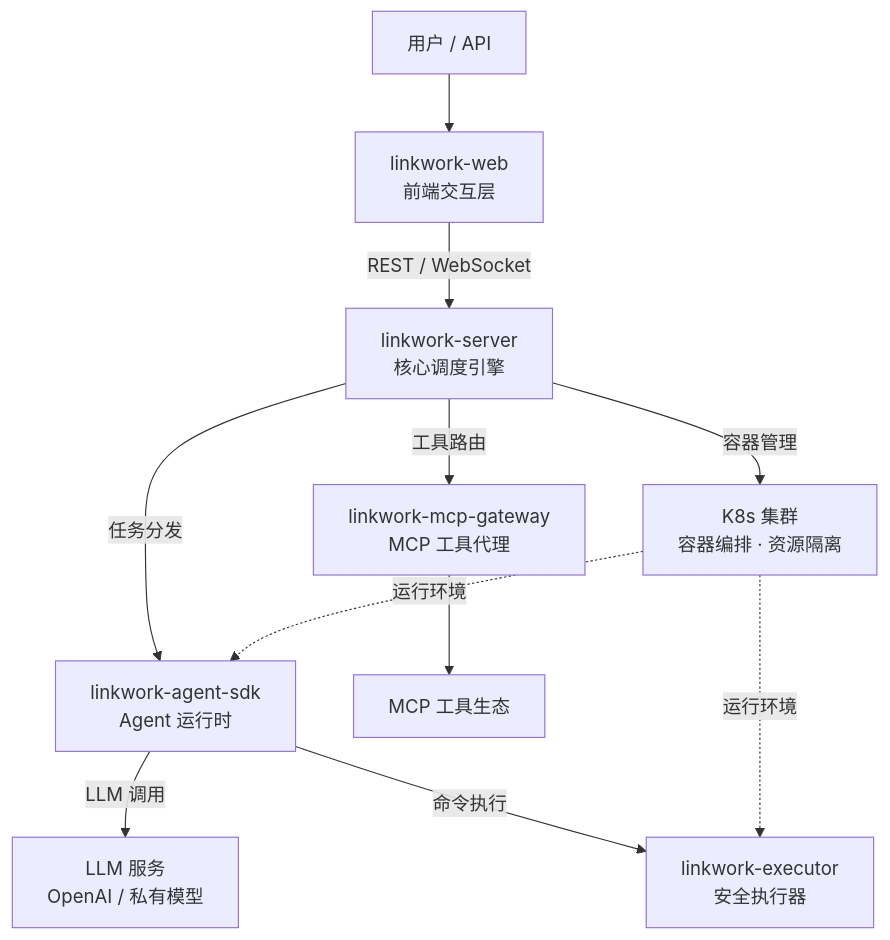
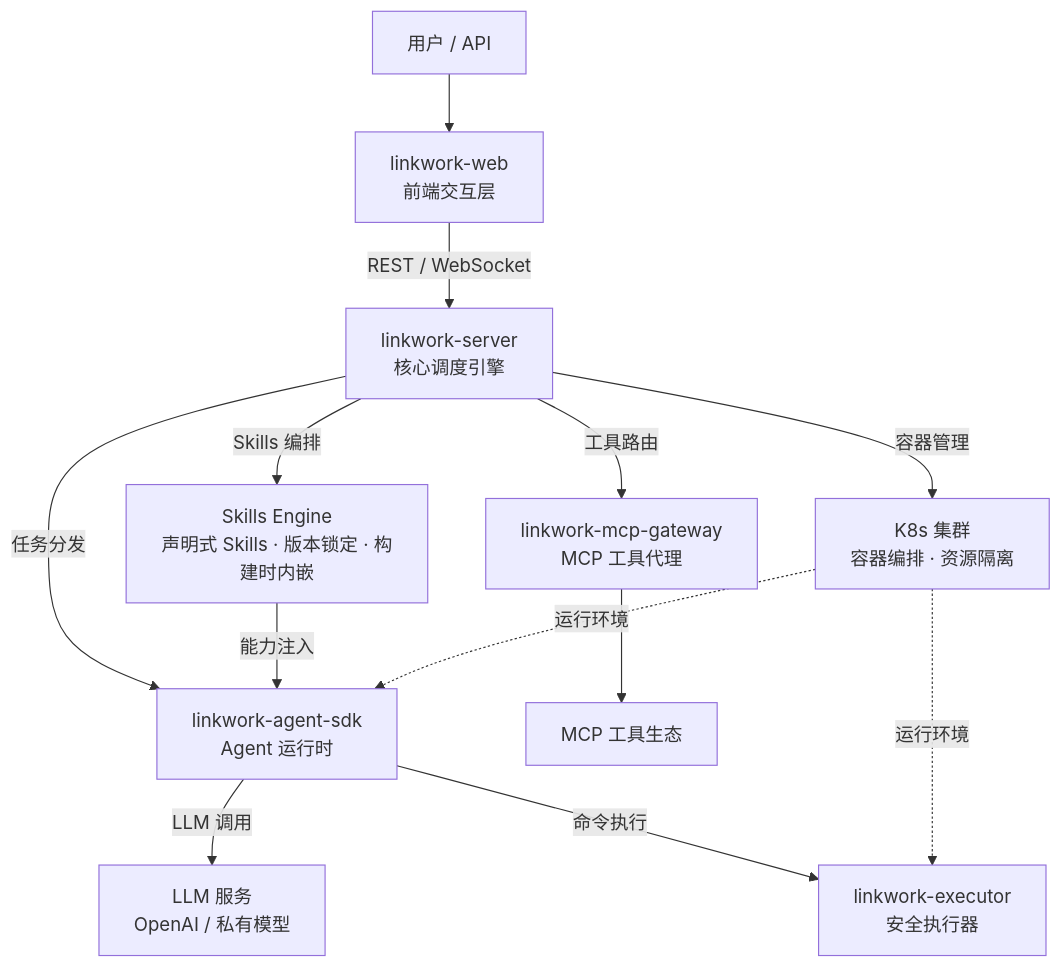
Before and after one commit to momotech/LinkWork: the diagram in README_zh-CN.md, drawn with Mermaid. The commit also changed other lines of this file and 11 other files, not shown here.

````diff
--- a/README_zh-CN.md
+++ b/README_zh-CN.md
@@ -80,23 +136,26 @@
 ```mermaid
 graph TB
     User["用户 / API"]
     Web["linkwork-web<br/>前端交互层"]
     Server["linkwork-server<br/>核心调度引擎"]
+    Skills["Skills Engine<br/>声明式 Skills · 版本锁定 · 构建时内嵌"]
     Gateway["linkwork-mcp-gateway<br/>MCP 工具代理"]
     SDK["linkwork-agent-sdk<br/>Agent 运行时"]
     Executor["linkwork-executor<br/>安全执行器"]
     LLM["LLM 服务<br/>OpenAI / 私有模型"]
     Tools["MCP 工具生态"]
     K8s["K8s 集群<br/>容器编排 · 资源隔离"]
 
     User --> Web
     Web -->|"REST / WebSocket"| Server
     Server -->|任务分发| SDK
+    Server -->|Skills 编排| Skills
     Server -->|工具路由| Gateway
     Server -->|容器管理| K8s
+    Skills -->|能力注入| SDK
     SDK -->|LLM 调用| LLM
     SDK -->|命令执行| Executor
     Gateway --> Tools
     K8s -.->|运行环境| SDK
     K8s -.->|运行环境| Executor
 ```
````
